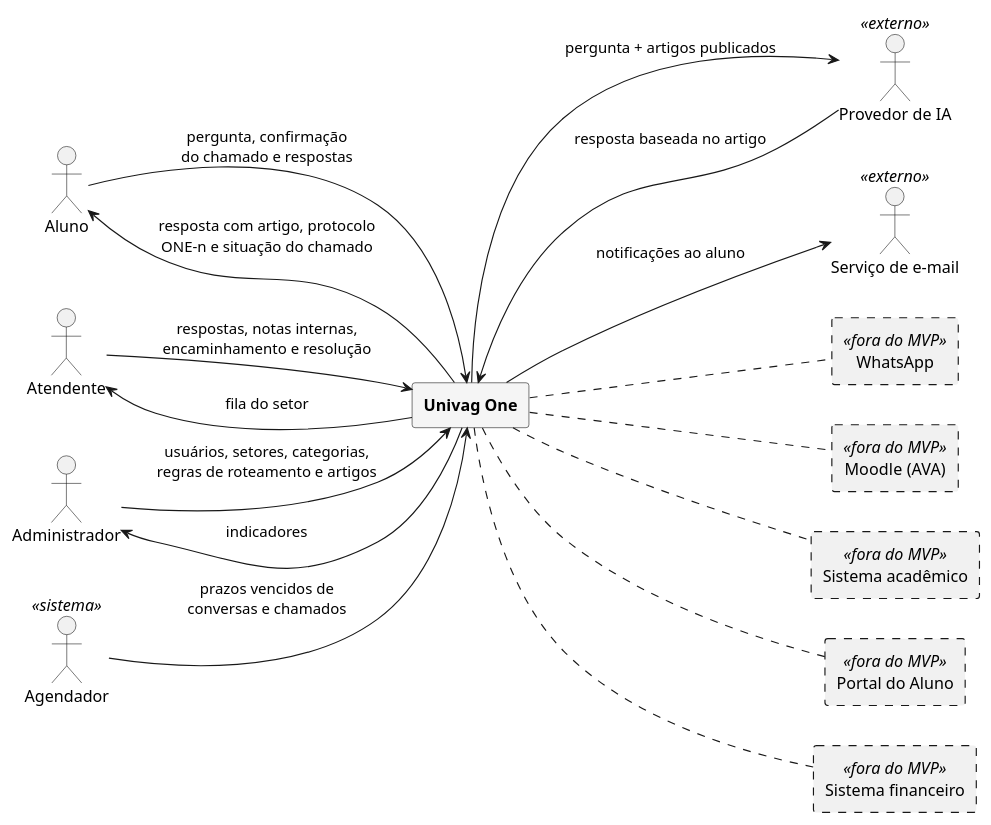
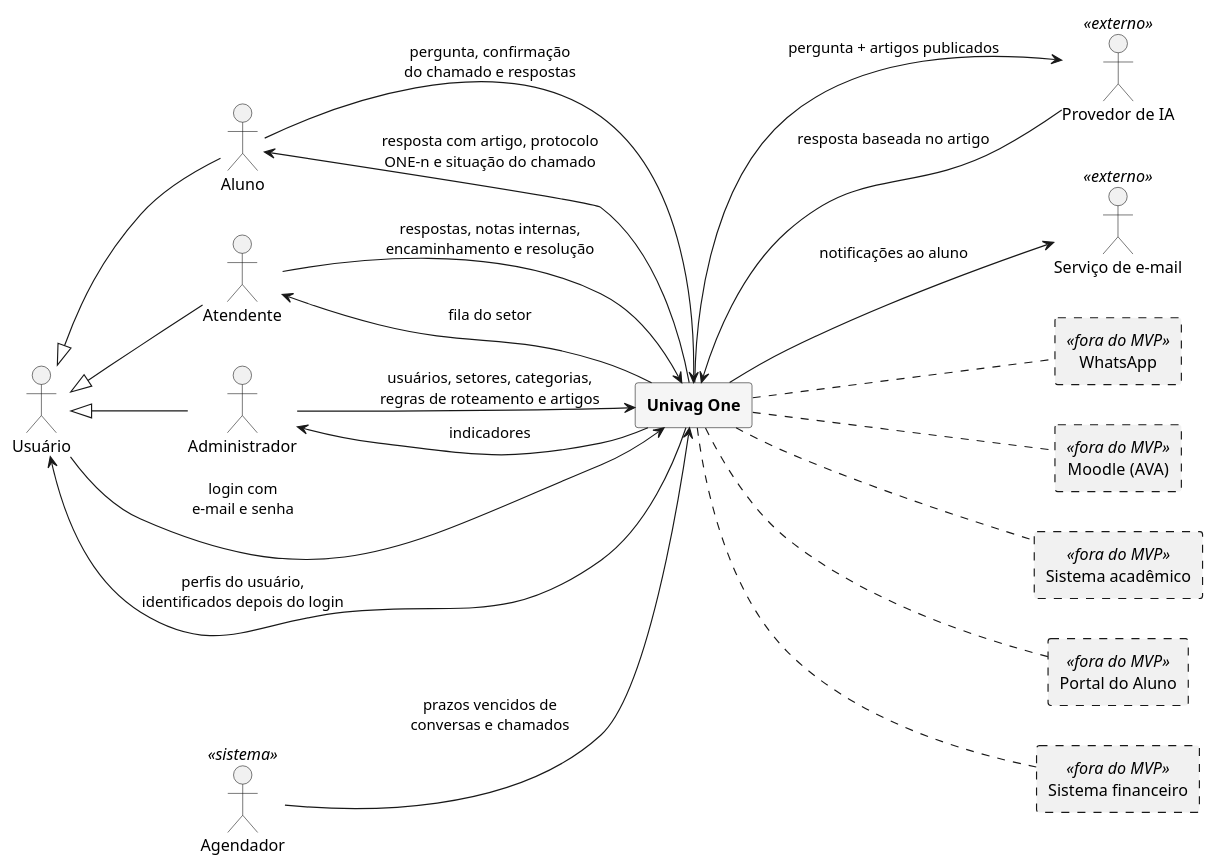
The diagram in src/diagramas/contexto.puml (Bitforgee/One), drawn with PlantUML before and after one commit. The commit also changed 13 other files, not shown here.

```diff
--- a/src/diagramas/contexto.puml
+++ b/src/diagramas/contexto.puml
@@ -1,38 +1,45 @@
 @startuml contexto
 skinparam shadowing false
 left to right direction
 
+actor "Usuário" as Usuario
 actor Aluno
 actor Atendente
 actor Administrador
 actor Agendador <<sistema>>
 
 rectangle "**Univag One**" as One #F5F5F5
 
 actor "Provedor de IA" as IA <<externo>>
 actor "Serviço de e-mail" as Email <<externo>>
 
 rectangle "WhatsApp" as WhatsApp <<fora do MVP>> #line.dashed
 rectangle "Moodle (AVA)" as Moodle <<fora do MVP>> #line.dashed
 rectangle "Sistema acadêmico" as Academico <<fora do MVP>> #line.dashed
 rectangle "Portal do Aluno" as Portal <<fora do MVP>> #line.dashed
 rectangle "Sistema financeiro" as Financeiro <<fora do MVP>> #line.dashed
+
+Usuario --> One : login com\ne-mail e senha
+Usuario <-- One : perfis do usuário,\nidentificados depois do login
+Usuario <|-- Aluno
+Usuario <|-- Atendente
+Usuario <|-- Administrador
 
 Aluno --> One : pergunta, confirmação\ndo chamado e respostas
 Aluno <-- One : resposta com artigo, protocolo\nONE-n e situação do chamado
 Atendente --> One : respostas, notas internas,\nencaminhamento e resolução
 Atendente <-- One : fila do setor
 Administrador --> One : usuários, setores, categorias,\nregras de roteamento e artigos
 Administrador <-- One : indicadores
 Agendador --> One : prazos vencidos de\nconversas e chamados
 
 One --> IA : pergunta + artigos publicados
 One <-- IA : resposta baseada no artigo
 One --> Email : notificações ao aluno
 
 One .. WhatsApp
 One .. Moodle
 One .. Academico
 One .. Portal
 One .. Financeiro
 @enduml
```
